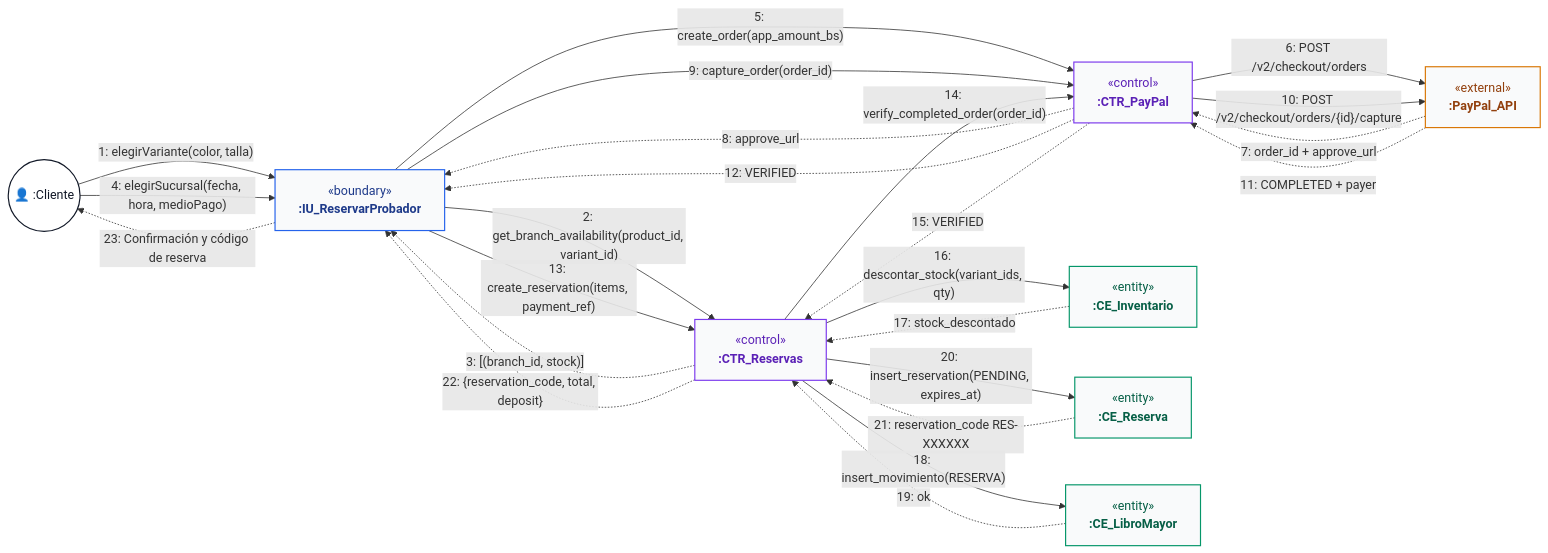
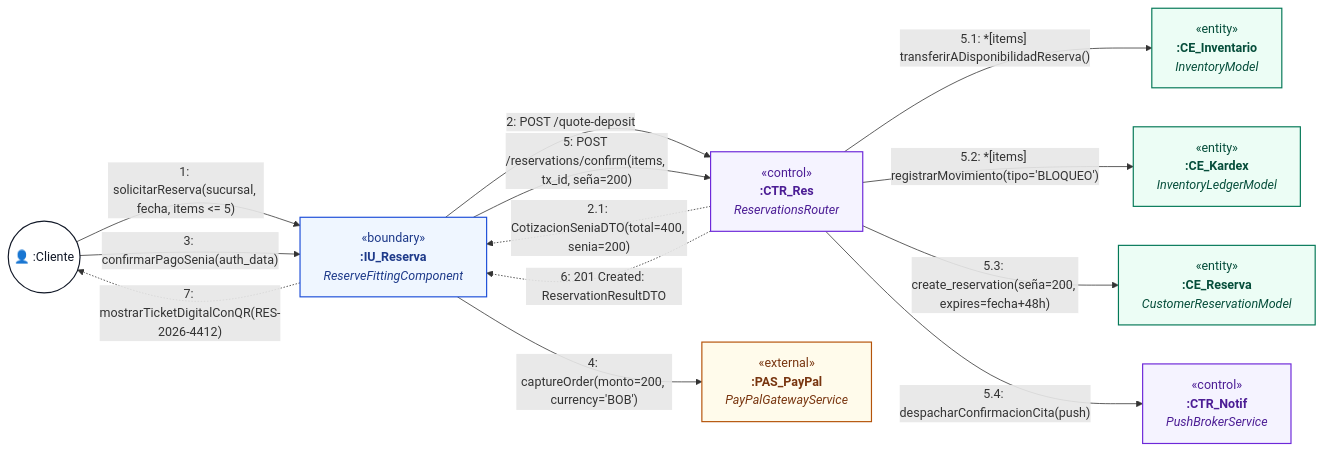
One commit to jc-larry/ecommerce changed diagram 26 of 40 in documentos/DOCUMENTACION_40_CASOS_DE_USO_DIAGRAMAS_COMUNICACION.md. Above: the diagram before and after it, drawn with Mermaid. The commit also changed other lines of this file and 18 other files, not shown here.

Commit message:
docs(uml): estandarizar diagramas de secuencia y comunicacion no genericos (CU10, CU18, CU19, CU26, CU32) y renderizar imagenes de alta resolucion

````diff
--- a/documentos/DOCUMENTACION_40_CASOS_DE_USO_DIAGRAMAS_COMUNICACION.md
+++ b/documentos/DOCUMENTACION_40_CASOS_DE_USO_DIAGRAMAS_COMUNICACION.md
@@ -982,41 +953,30 @@
 ```mermaid
 flowchart LR
     classDef actorStyle fill:#ffffff,stroke:#111827,stroke-width:1.5px,color:#111827;
-    classDef boundaryStyle fill:#f9fafb,stroke:#2563eb,stroke-width:1.5px,color:#1e3a8a;
-    classDef controlStyle fill:#f9fafb,stroke:#7c3aed,stroke-width:1.5px,color:#5b21b6;
-    classDef entityStyle fill:#f9fafb,stroke:#059669,stroke-width:1.5px,color:#065f46;
-    classDef externalStyle fill:#f9fafb,stroke:#d97706,stroke-width:1.5px,color:#92400e;
+    classDef boundaryStyle fill:#eff6ff,stroke:#1d4ed8,stroke-width:1.5px,color:#1e3a8a;
+    classDef controlStyle fill:#f5f3ff,stroke:#6d28d9,stroke-width:1.5px,color:#4c1d95;
+    classDef entityStyle fill:#ecfdf5,stroke:#047857,stroke-width:1.5px,color:#064e3b;
+    classDef externalStyle fill:#fffbeb,stroke:#b45309,stroke-width:1.5px,color:#78350f;
 
     C(("👤 :Cliente")):::actorStyle
-    IU["&laquo;boundary&raquo;<br/><b>:IU_ReservarProbador</b>"]:::boundaryStyle
-    CTR["&laquo;control&raquo;<br/><b>:CTR_Reservas</b>"]:::controlStyle
-    CTR_PP["&laquo;control&raquo;<br/><b>:CTR_PayPal</b>"]:::controlStyle
-    API_PP["&laquo;external&raquo;<br/><b>:PayPal_API</b>"]:::externalStyle
-    CE_I["&laquo;entity&raquo;<br/><b>:CE_Inventario</b>"]:::entityStyle
-    CE_R["&laquo;entity&raquo;<br/><b>:CE_Reserva</b>"]:::entityStyle
-    CE_L["&laquo;entity&raquo;<br/><b>:CE_LibroMayor</b>"]:::entityStyle
+    IU["&laquo;boundary&raquo;<br/><b>:IU_Reserva</b><br/><i>ReserveFittingComponent</i>"]:::boundaryStyle
+    CTR["&laquo;control&raquo;<br/><b>:CTR_Res</b><br/><i>ReservationsRouter</i>"]:::controlStyle
+    PAS["&laquo;external&raquo;<br/><b>:PAS_PayPal</b><br/><i>PayPalGatewayService</i>"]:::externalStyle
+    CE_I["&laquo;entity&raquo;<br/><b>:CE_Inventario</b><br/><i>InventoryModel</i>"]:::entityStyle
+    CE_R["&laquo;entity&raquo;<br/><b>:CE_Reserva</b><br/><i>CustomerReservationModel</i>"]:::entityStyle
+    CE_K["&laquo;entity&raquo;<br/><b>:CE_Kardex</b><br/><i>InventoryLedgerModel</i>"]:::entityStyle
+    NOTIF["&laquo;control&raquo;<br/><b>:CTR_Notif</b><br/><i>PushBrokerService</i>"]:::controlStyle
 
-    C -- "1: elegirVariante(color, talla)" --> IU
-    IU -- "2: get_branch_availability(product_id, variant_id)" --> CTR
-    CTR -. "3: [(branch_id, stock)]" .-> IU
-    C -- "4: elegirSucursal(fecha, hora, medioPago)" --> IU
-    IU -- "5: create_order(app_amount_bs)" --> CTR_PP
-    CTR_PP -- "6: POST /v2/checkout/orders" --> API_PP
-    API_PP -. "7: order_id + approve_url" .-> CTR_PP
-    CTR_PP -. "8: approve_url" .-> IU
-    IU -- "9: capture_order(order_id)" --> CTR_PP
-    CTR_PP -- "10: POST /v2/checkout/orders/{id}/capture" --> API_PP
-    API_PP -. "11: COMPLETED + payer" .-> CTR_PP
-    CTR_PP -. "12: VERIFIED" .-> IU
-    IU -- "13: create_reservation(items, payment_ref)" --> CTR
-    CTR -- "14: verify_completed_order(order_id)" --> CTR_PP
-    CTR_PP -. "15: VERIFIED" .-> CTR
-    CTR -- "16: descontar_stock(variant_ids, qty)" --> CE_I
-    CE_I -. "17: stock_descontado" .-> CTR
-    CTR -- "18: insert_movimiento(RESERVA)" --> CE_L
-    CE_L -. "19: ok" .-> CTR
-    CTR -- "20: insert_reservation(PENDING, expires_at)" --> CE_R
-    CE_R -. "21: reservation_code RES-XXXXXX" .-> CTR
-    CTR -. "22: {reservation_code, total, deposit}" .-> IU
-    IU -. "23: Confirmación y código de reserva" .-> C
+    C -- "1: solicitarReserva(sucursal, fecha, items <= 5)" --> IU
+    IU -- "2: POST /quote-deposit" --> CTR
+    CTR -. "2.1: CotizacionSeniaDTO(total=400, senia=200)" .-> IU
+    C -- "3: confirmarPagoSenia(auth_data)" --> IU
+    IU -- "4: captureOrder(monto=200, currency='BOB')" --> PAS
+    IU -- "5: POST /reservations/confirm(items, tx_id, seña=200)" --> CTR
+    CTR -- "5.1: *[items] transferirADisponibilidadReserva()" --> CE_I
+    CTR -- "5.2: *[items] registrarMovimiento(tipo='BLOQUEO')" --> CE_K
+    CTR -- "5.3: create_reservation(seña=200, expires=fecha+48h)" --> CE_R
+    CTR -- "5.4: despacharConfirmacionCita(push)" --> NOTIF
+    CTR -. "6: 201 Created: ReservationResultDTO" .-> IU
+    IU -. "7: mostrarTicketDigitalConQR(RES-2026-4412)" .-> C
 ```
````
